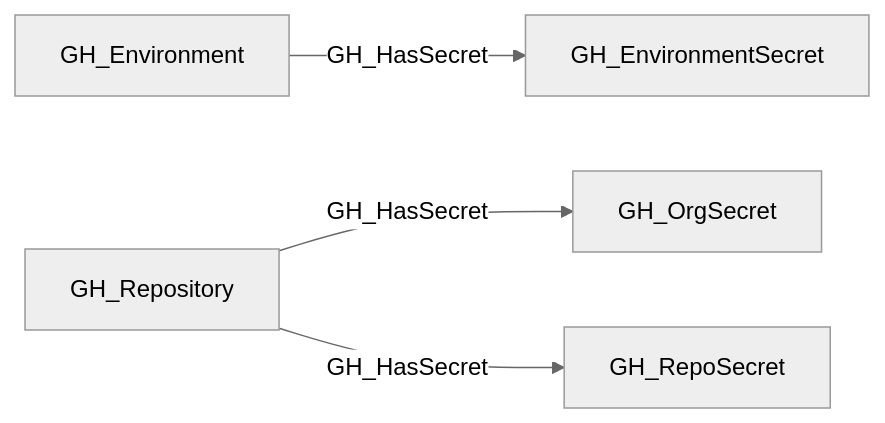
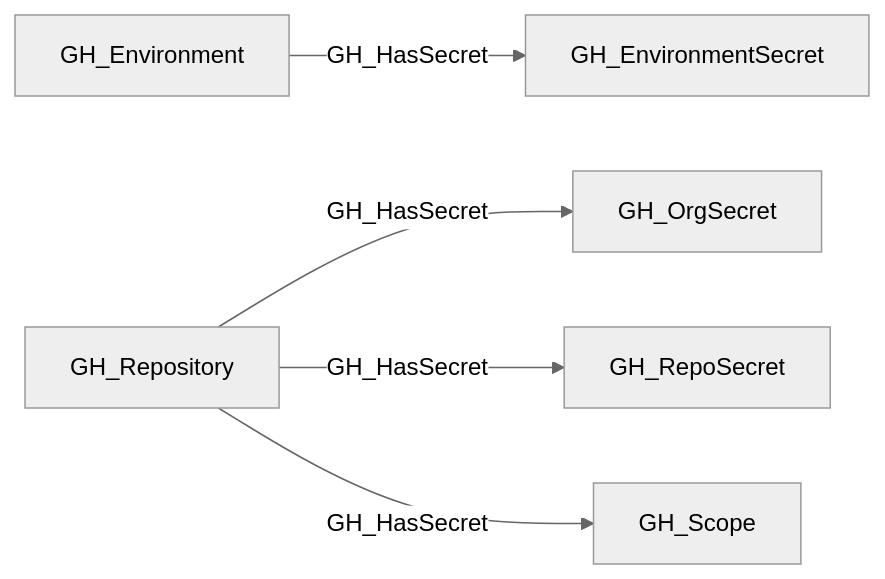
The diagram in descriptions/edges/GH_HasSecret.md (SpecterOps/openhound-github), drawn with Mermaid (neutral theme) before and after one commit. The commit also changed other lines of this file and 44 other files, not shown here.

````diff
--- a/descriptions/edges/GH_HasSecret.md
+++ b/descriptions/edges/GH_HasSecret.md
@@ -17,11 +18,13 @@
 ```mermaid
 graph LR
     n0["GH_Environment"]
     n1["GH_EnvironmentSecret"]
     n2["GH_Repository"]
     n3["GH_OrgSecret"]
     n4["GH_RepoSecret"]
+    n5["GH_Scope"]
     n0 -->|GH_HasSecret| n1
     n2 -->|GH_HasSecret| n3
     n2 -->|GH_HasSecret| n4
+    n2 -->|GH_HasSecret| n5
 ```
````
